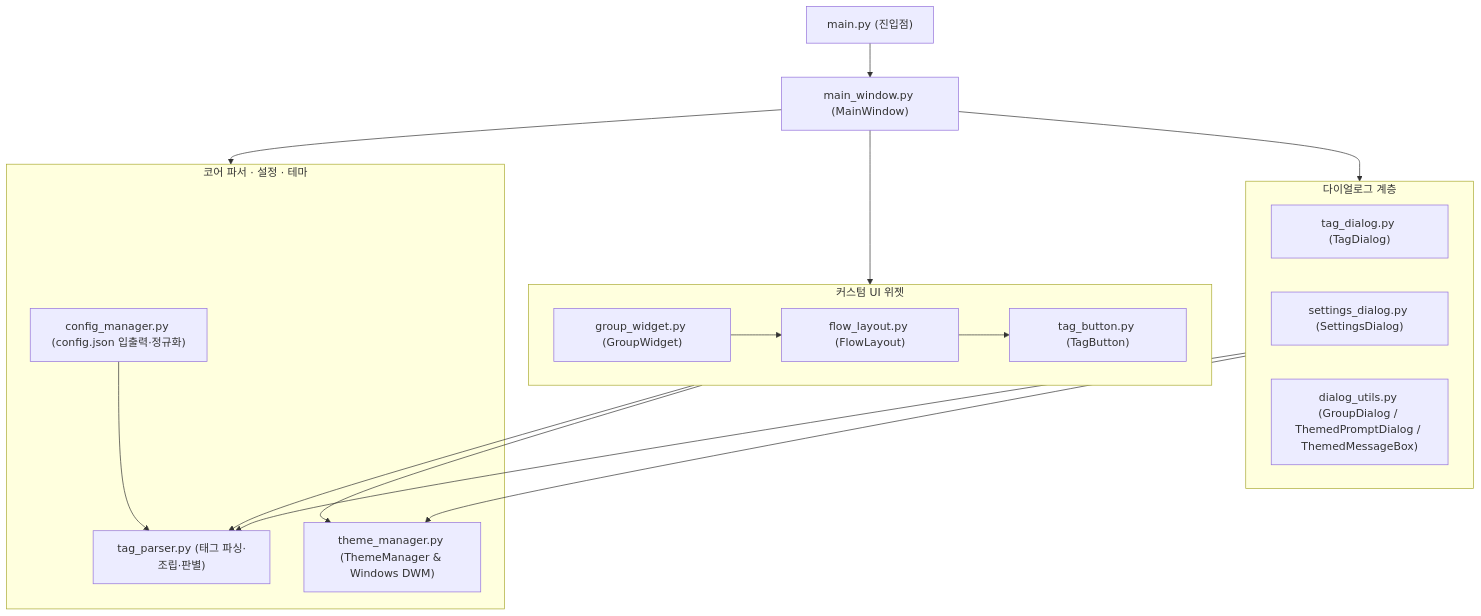
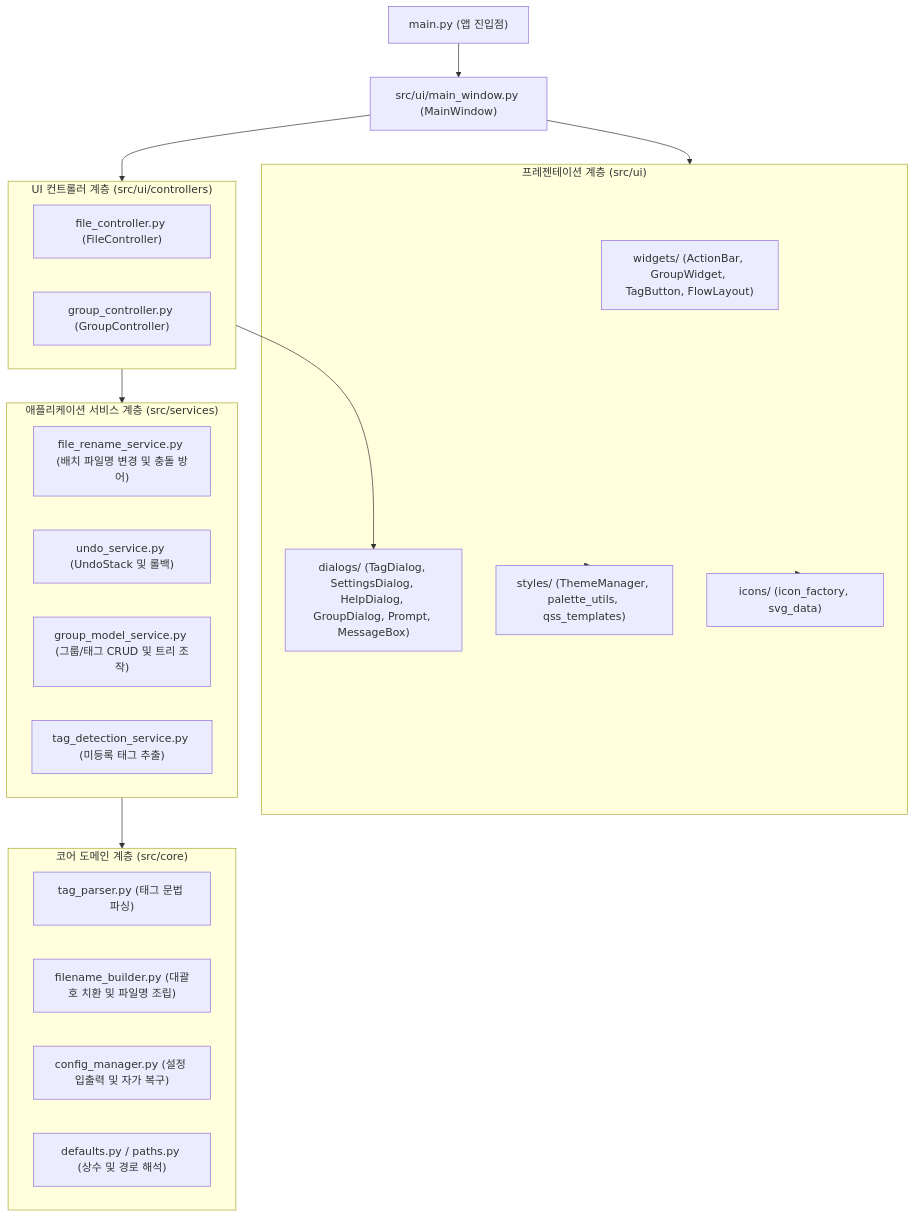
Before and after one commit to signal1310/easy_tagger: the diagram in ARCHITECTURE.md, drawn with Mermaid. The commit also changed other lines of this file and 80 other files, not shown here.

````diff
--- a/ARCHITECTURE.md
+++ b/ARCHITECTURE.md
@@ -7,33 +14,38 @@
 ```mermaid
 flowchart TD
-    main["main.py (진입점)"] --> MW["main_window.py (MainWindow)"]
+    Entry["main.py (앱 진입점)"] --> MW["src/ui/main_window.py (MainWindow)"]
 
-    subgraph Widgets["커스텀 UI 위젯"]
-        GW["group_widget.py (GroupWidget)"]
-        TB["tag_button.py (TagButton)"]
-        FL["flow_layout.py (FlowLayout)"]
-        GW --> FL
-        FL --> TB
+    subgraph Controllers["UI 컨트롤러 계층 (src/ui/controllers)"]
+        FC["file_controller.py (FileController)"]
+        GC["group_controller.py (GroupController)"]
     end
 
-    subgraph Dialogs["다이얼로그 계층"]
-        TD["tag_dialog.py (TagDialog)"]
-        SD["settings_dialog.py (SettingsDialog)"]
-        DU["dialog_utils.py (GroupDialog / ThemedPromptDialog / ThemedMessageBox)"]
+    subgraph Views["프레젠테이션 계층 (src/ui)"]
+        W["widgets/ (ActionBar, GroupWidget, TagButton, FlowLayout)"]
+        D["dialogs/ (TagDialog, SettingsDialog, HelpDialog, GroupDialog, Prompt, MessageBox)"]
+        S["styles/ (ThemeManager, palette_utils, qss_templates)"]
+        I["icons/ (icon_factory, svg_data)"]
     end
 
-    subgraph Core["코어 파서 · 설정 · 테마"]
-        TP["tag_parser.py (태그 파싱·조립·판별)"]
-        CM["config_manager.py (config.json 입출력·정규화)"]
-        TM["theme_manager.py (ThemeManager & Windows DWM)"]
+    subgraph Services["애플리케이션 서비스 계층 (src/services)"]
+        FRS["file_rename_service.py (배치 파일명 변경 및 충돌 방어)"]
+        US["undo_service.py (UndoStack 및 롤백)"]
+        GMS["group_model_service.py (그룹/태그 CRUD 및 트리 조작)"]
+        TDS["tag_detection_service.py (미등록 태그 추출)"]
     end
 
-    MW --> Widgets
-    MW --> Dialogs
-    MW --> Core
-    Widgets --> TP
-    Widgets --> TM
-    Dialogs --> TP
-    Dialogs --> TM
-    CM --> TP
+    subgraph Core["코어 도메인 계층 (src/core)"]
+        TP["tag_parser.py (태그 문법 파싱)"]
+        FB["filename_builder.py (대괄호 치환 및 파일명 조립)"]
+        CM["config_manager.py (설정 입출력 및 자가 복구)"]
+        DF["defaults.py / paths.py (상수 및 경로 해석)"]
+    end
+
+    MW --> Controllers
+    MW --> Views
+    Controllers --> Services
+    Controllers --> D
+    Views --> S
+    Views --> I
+    Services --> Core
 ```
````
